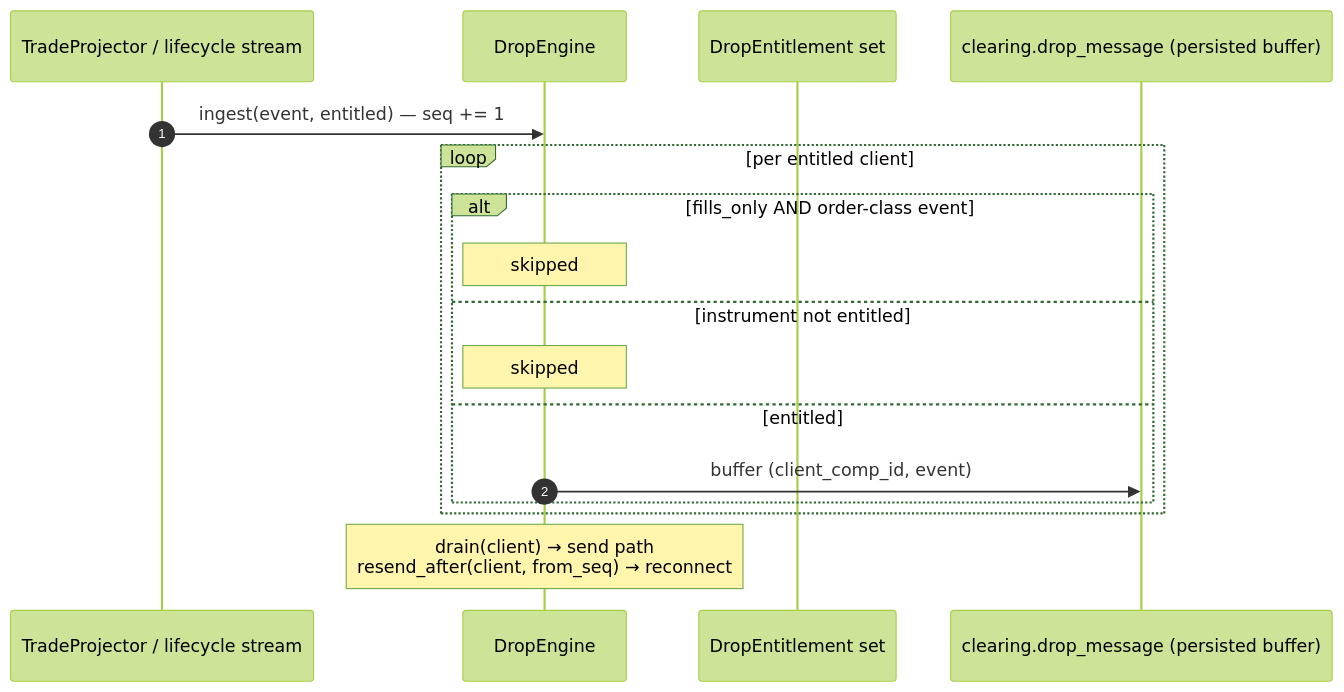
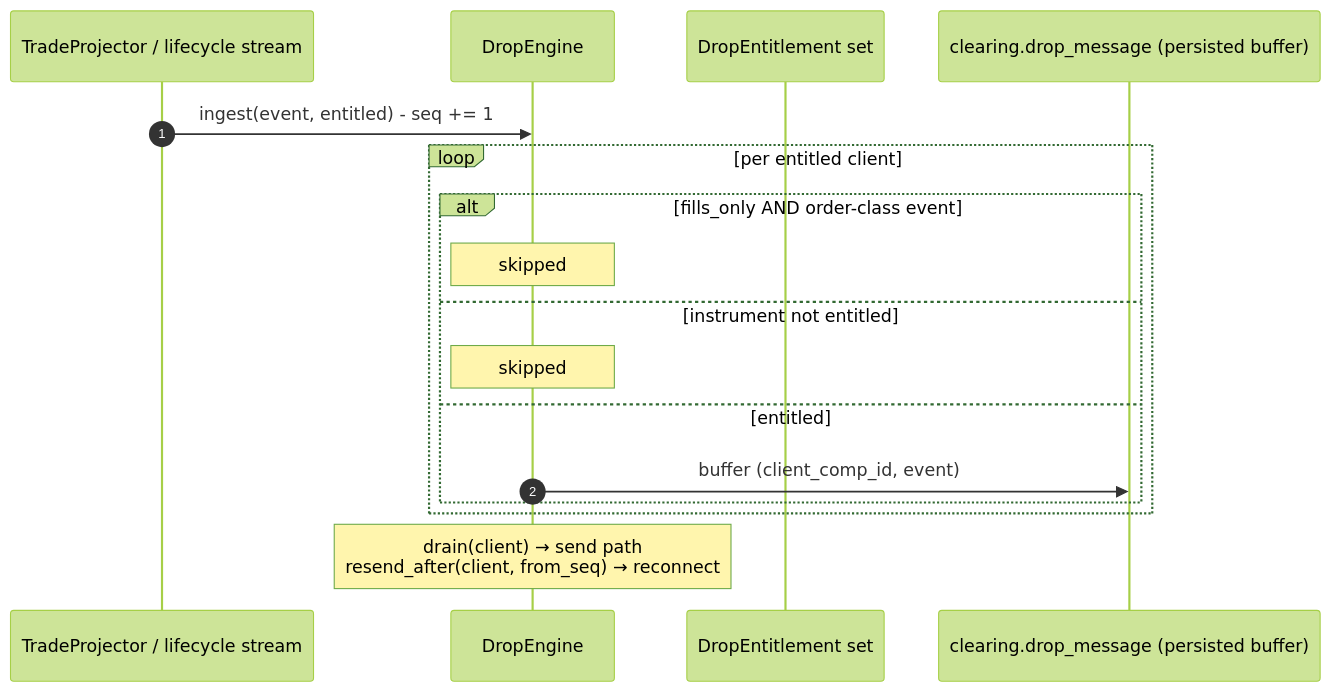
Before and after one commit to Exchange8-dev/exchange8-clearing: the sixth of 17 diagrams in DESIGN.md, drawn with Mermaid (forest theme). The commit also changed other lines of this file and 19 other files, not shown here.

````diff
--- a/DESIGN.md
+++ b/DESIGN.md
@@ -219,20 +219,20 @@
 ```mermaid
 sequenceDiagram
     autonumber
     participant PROJ as TradeProjector / lifecycle stream
     participant ENG as DropEngine
     participant ENT as DropEntitlement set
     participant BUF as clearing.drop_message (persisted buffer)
 
-    PROJ->>ENG: ingest(event, entitled) — seq += 1
+    PROJ->>ENG: ingest(event, entitled) - seq += 1
     loop per entitled client
         alt fills_only AND order-class event
             Note over ENG: skipped
         else instrument not entitled
             Note over ENG: skipped
         else entitled
             ENG->>BUF: buffer (client_comp_id, event)
         end
     end
     Note over ENG: drain(client) → send path<br/>resend_after(client, from_seq) → reconnect
 ```
````
